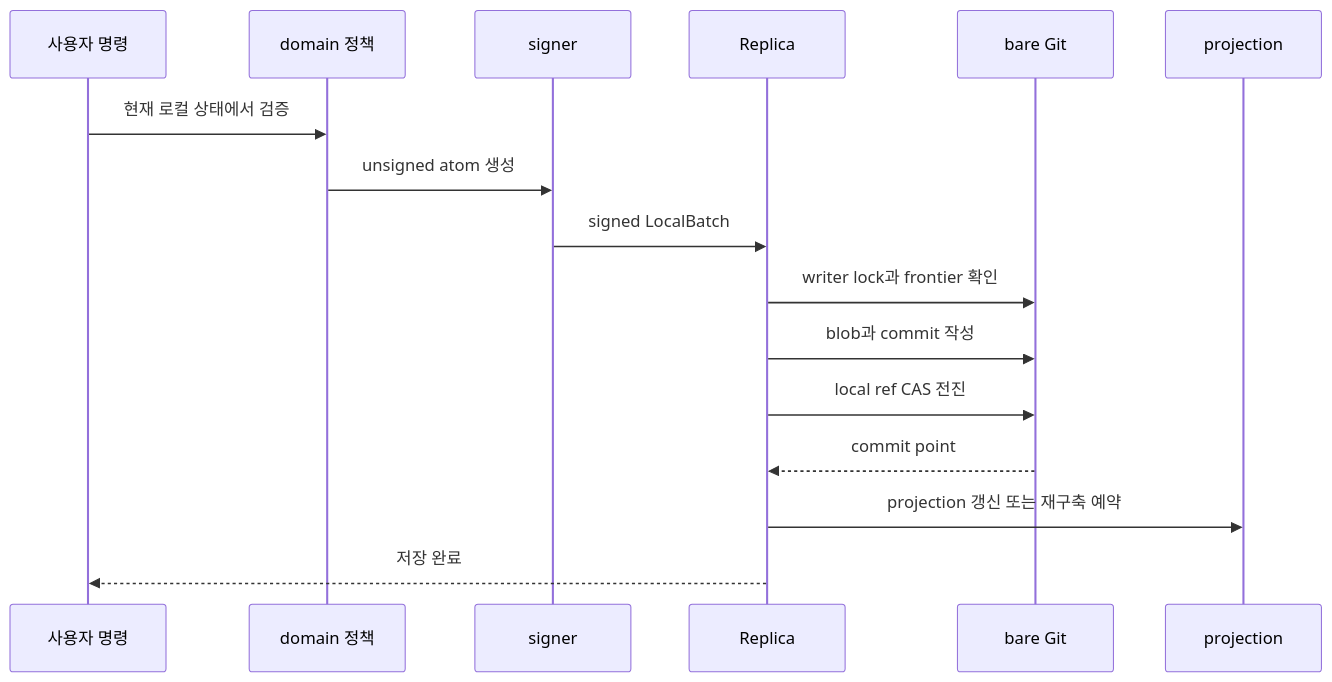
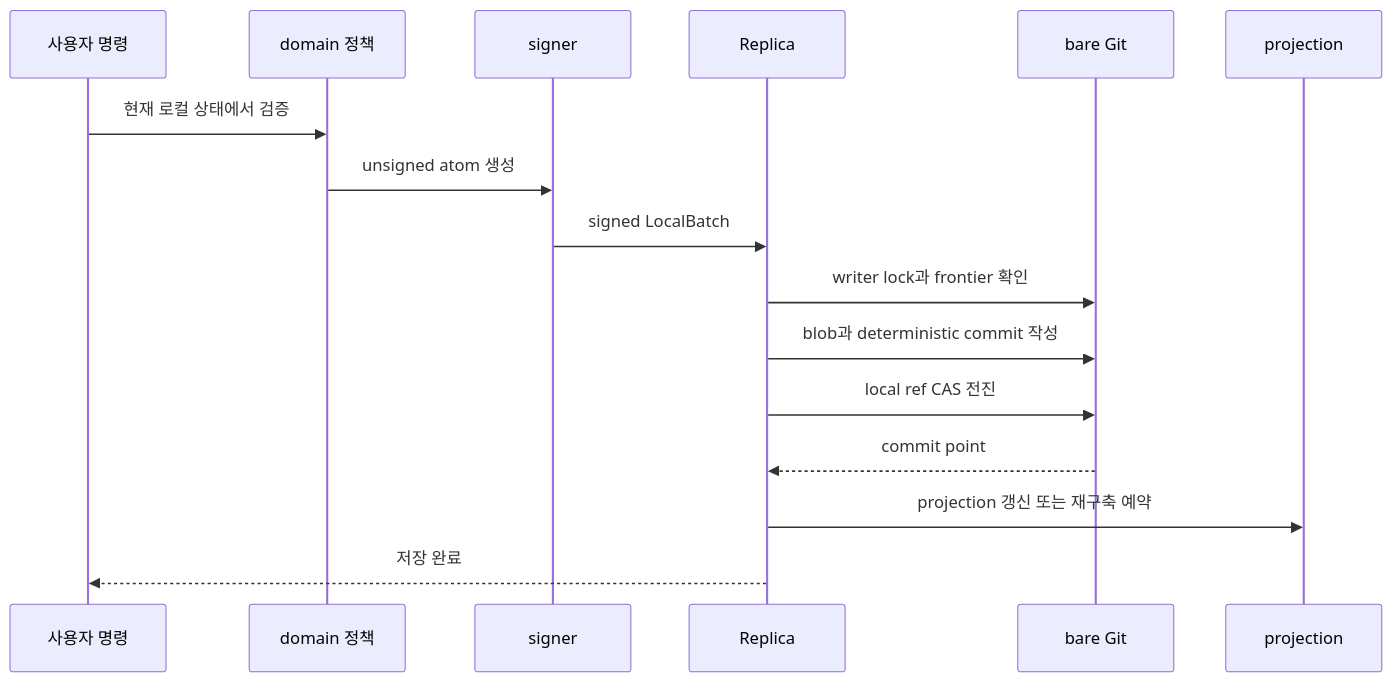
Before and after one commit to doortts/yonalist: the fifth of 10 diagrams in docs/yonalist-sync-design/design.md, drawn with Mermaid. The commit also changed other lines of this file and 3 other files, not shown here.

````diff
--- a/docs/yonalist-sync-design/design.md
+++ b/docs/yonalist-sync-design/design.md
@@ -144,18 +149,18 @@
 ```mermaid
 sequenceDiagram
   participant U as 사용자 명령
   participant D as domain 정책
   participant S as signer
   participant R as Replica
   participant G as bare Git
   participant P as projection
   U->>D: 현재 로컬 상태에서 검증
   D->>S: unsigned atom 생성
   S->>R: signed LocalBatch
   R->>G: writer lock과 frontier 확인
-  R->>G: blob과 commit 작성
+  R->>G: blob과 deterministic commit 작성
   R->>G: local ref CAS 전진
   G-->>R: commit point
   R->>P: projection 갱신 또는 재구축 예약
   R-->>U: 저장 완료
 ```
````
